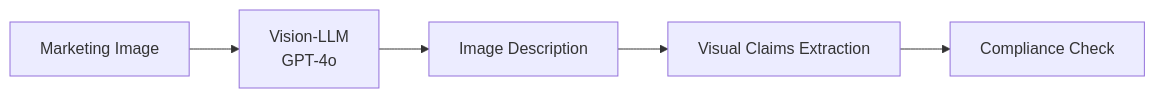
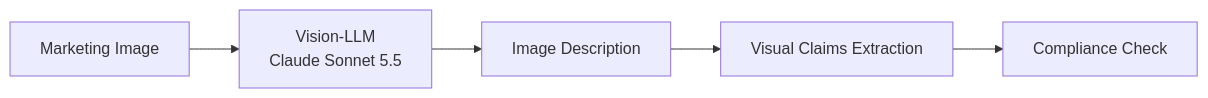
One commit to ChiHoc/ai-system-design-guide-zh changed the third of 3 diagrams in 16-case-studies/12-compliance-automation.md. Above: the diagram before and after it, drawn with Mermaid. The commit also changed other lines of this file and 149 other files, not shown here.

````diff
--- a/16-case-studies/12-compliance-automation.md
+++ b/16-case-studies/12-compliance-automation.md
@@ -147,7 +150,7 @@
 ```mermaid
 flowchart LR
-    IMAGE[Marketing Image] --> VISION[Vision-LLM<br/>GPT-4o]
+    IMAGE[Marketing Image] --> VISION[Vision-LLM<br/>Claude Sonnet 5.5]
     VISION --> DESCRIBE[Image Description]
     DESCRIBE --> CLAIMS_V[Visual Claims Extraction]
     CLAIMS_V --> CHECK_V[Compliance Check]
 ```
````
